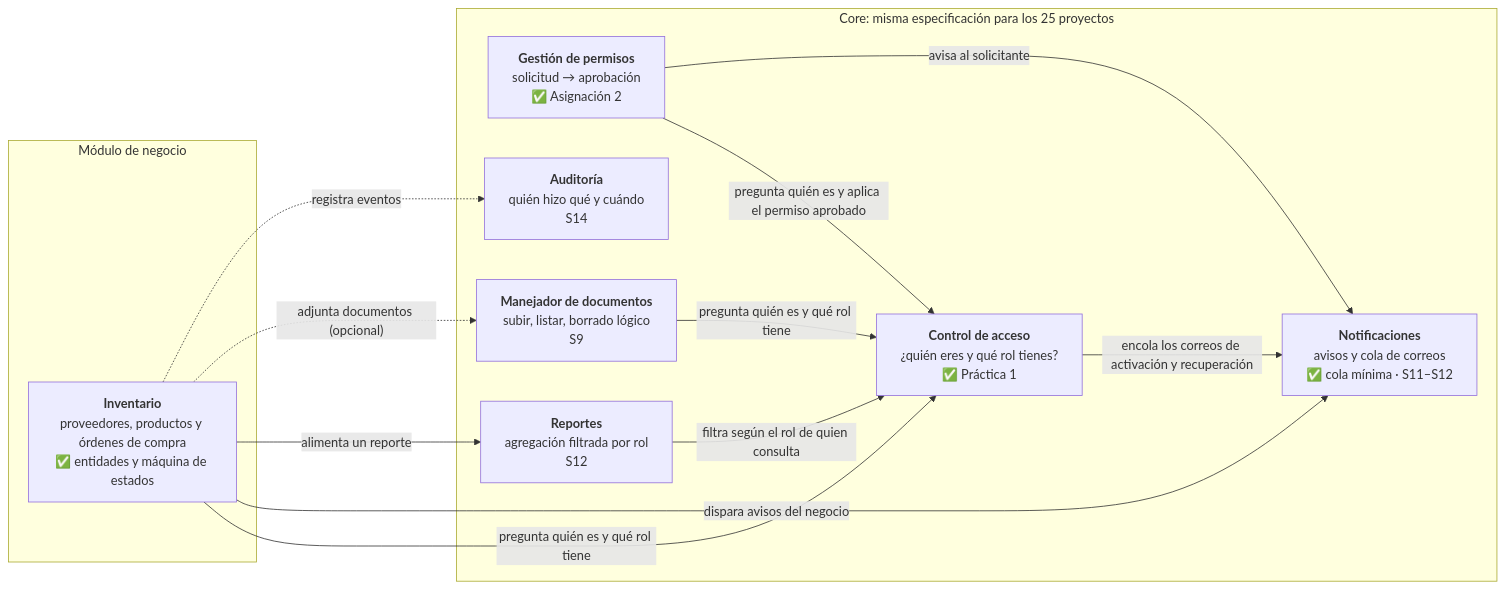
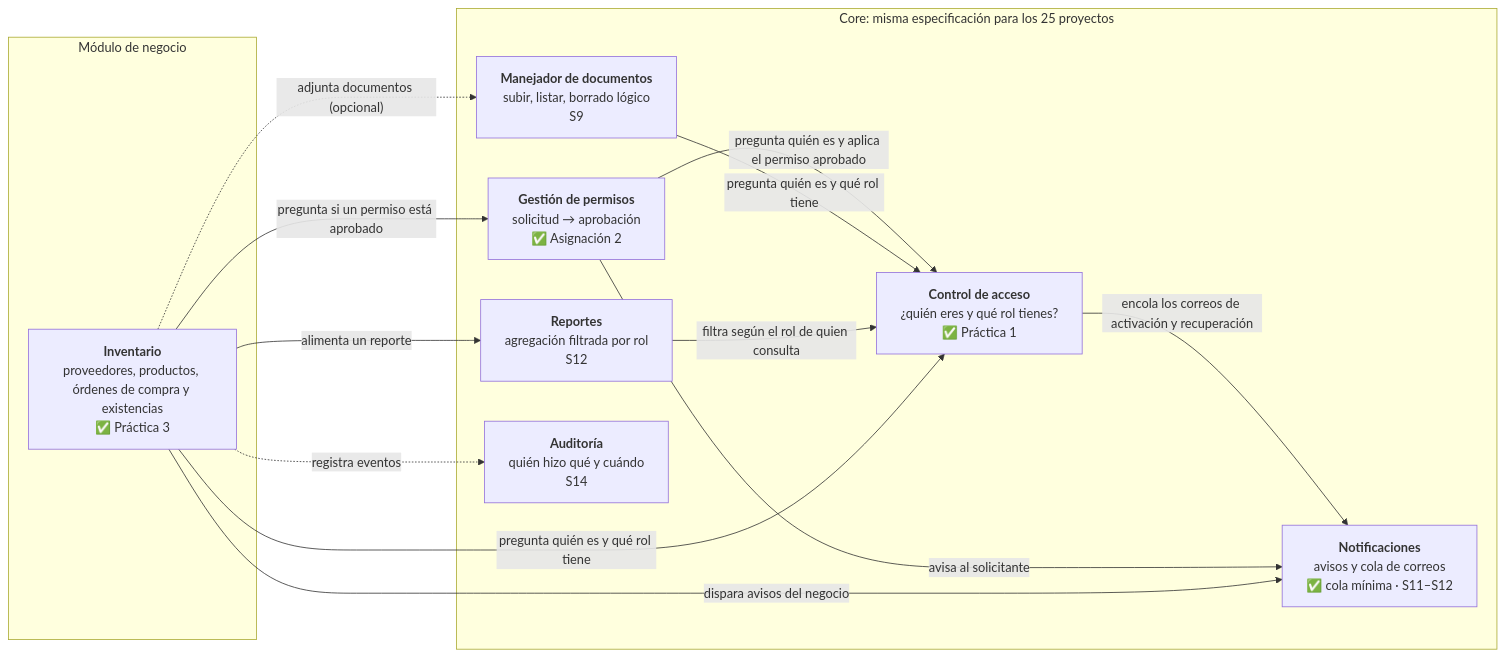
The first of 2 diagrams in README.md (yojairoivan-sketch/Proyecto-Final-P3), drawn with Mermaid before and after one commit. The commit also changed other lines of this file and 2 other files, not shown here.

First line of the commit message:
docs: documenta el negocio y la Práctica 3

````diff
--- a/README.md
+++ b/README.md
@@ -33,25 +38,26 @@
 ```mermaid
 flowchart LR
     subgraph Core["Core: misma especificación para los 25 proyectos"]
         ACC["<b>Control de acceso</b><br/>¿quién eres y qué rol tienes?<br/>✅ Práctica 1"]
         NOTI["<b>Notificaciones</b><br/>avisos y cola de correos<br/>✅ cola mínima · S11–S12"]
         PERM["<b>Gestión de permisos</b><br/>solicitud → aprobación<br/>✅ Asignación 2"]
         DOC["<b>Manejador de documentos</b><br/>subir, listar, borrado lógico<br/>S9"]
         REP["<b>Reportes</b><br/>agregación filtrada por rol<br/>S12"]
         AUD["<b>Auditoría</b><br/>quién hizo qué y cuándo<br/>S14"]
     end
     subgraph Negocio["Módulo de negocio"]
-        MOD["<b>Inventario</b><br/>proveedores, productos y órdenes de compra<br/>✅ entidades y máquina de estados"]
+        MOD["<b>Inventario</b><br/>proveedores, productos, órdenes de compra y existencias<br/>✅ Práctica 3"]
     end
 
     ACC -->|"encola los correos de activación y recuperación"| NOTI
     PERM -->|"pregunta quién es y aplica el permiso aprobado"| ACC
     PERM -->|"avisa al solicitante"| NOTI
     DOC -->|"pregunta quién es y qué rol tiene"| ACC
     REP -->|"filtra según el rol de quien consulta"| ACC
     MOD -->|"pregunta quién es y qué rol tiene"| ACC
+    MOD -->|"pregunta si un permiso está aprobado"| PERM
     MOD -->|"dispara avisos del negocio"| NOTI
     MOD -->|"alimenta un reporte"| REP
     MOD -.->|"adjunta documentos (opcional)"| DOC
     MOD -.->|"registra eventos"| AUD
 ```
````
